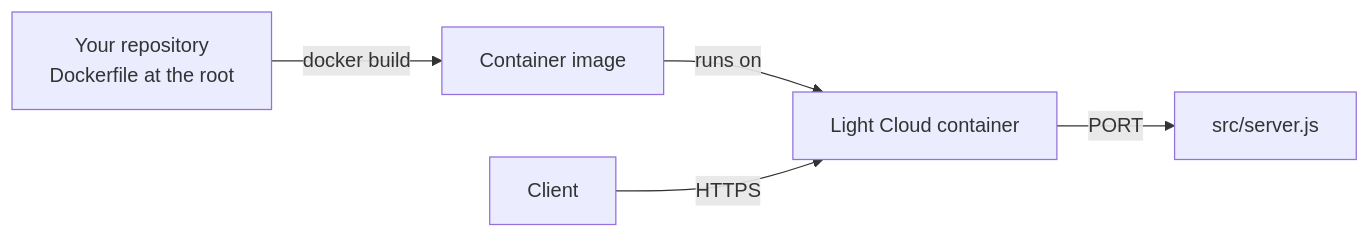
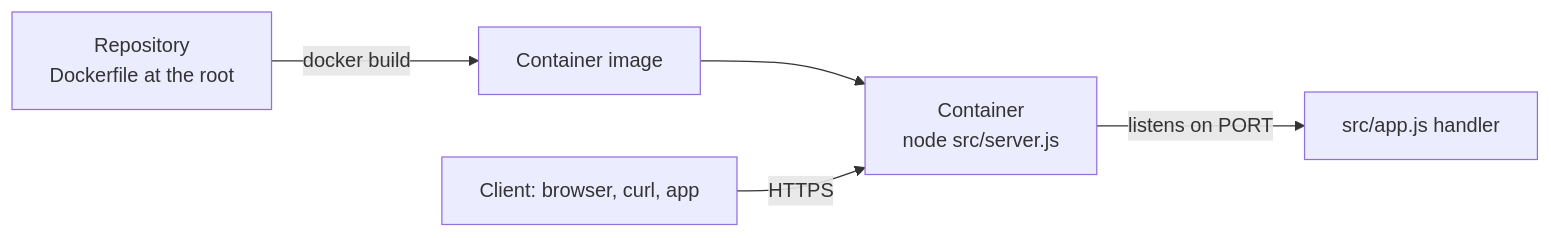
One commit to light-cloud-com/templates changed the diagram in starters/starter-dockerfile/README.md. Above: the diagram before and after it, drawn with Mermaid. The commit also changed other lines of this file and 2 other files, not shown here.

First line of the commit message:
README: Dockerfile starter landing page for any language

````diff
--- a/starters/starter-dockerfile/README.md
+++ b/starters/starter-dockerfile/README.md
@@ -28,7 +98,7 @@
 ```mermaid
 flowchart LR
-    repo["Your repository<br/>Dockerfile at the root"] -->|docker build| image["Container image"]
-    image -->|runs on| run["Light Cloud container"]
-    client["Client"] -->|HTTPS| run
-    run -->|PORT| server["src/server.js"]
+    repo["Repository<br/>Dockerfile at the root"] -->|docker build| image["Container image"]
+    image --> container["Container<br/>node src/server.js"]
+    client["Client: browser, curl, app"] -->|"HTTPS"| container
+    container -->|"listens on PORT"| handler["src/app.js handler"]
 ```
````
